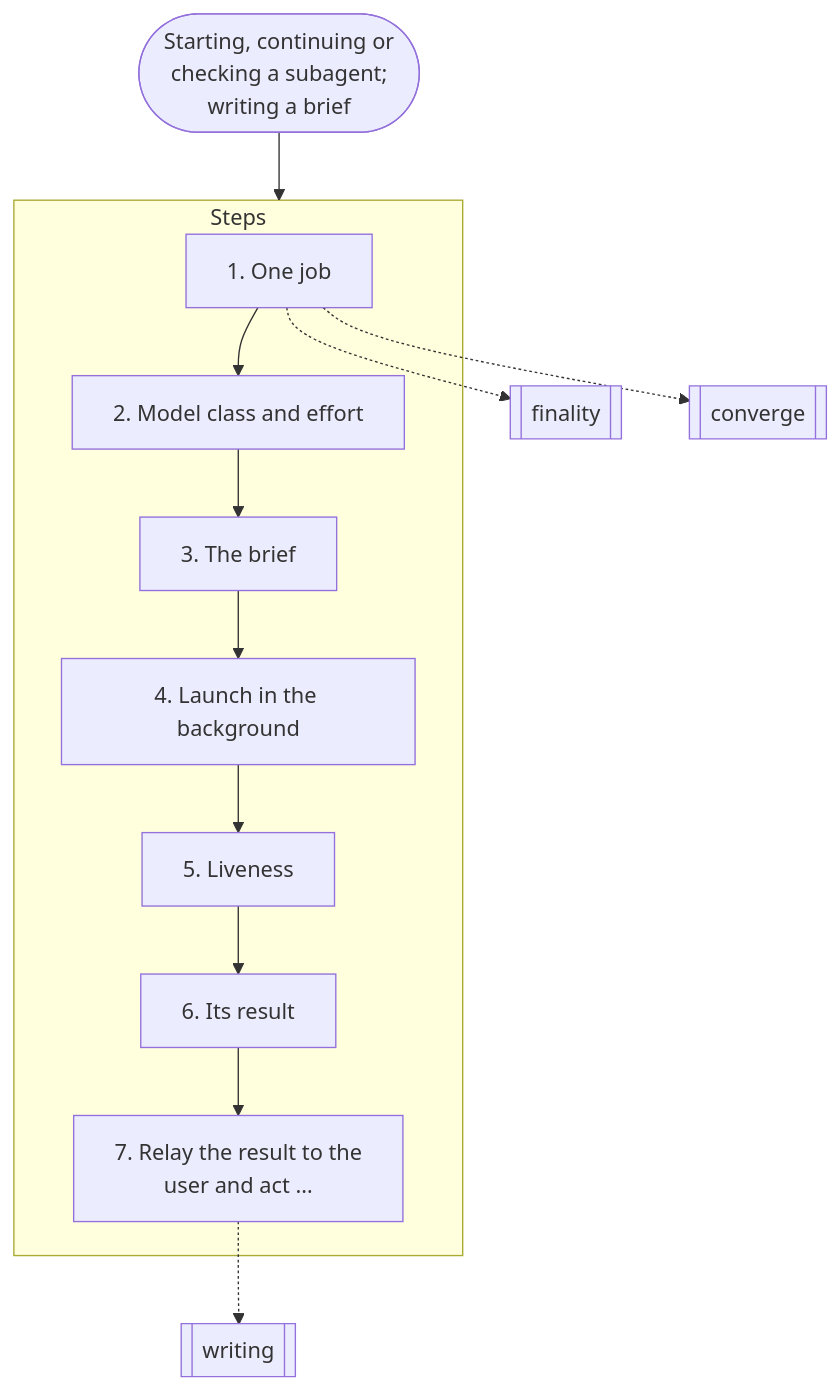
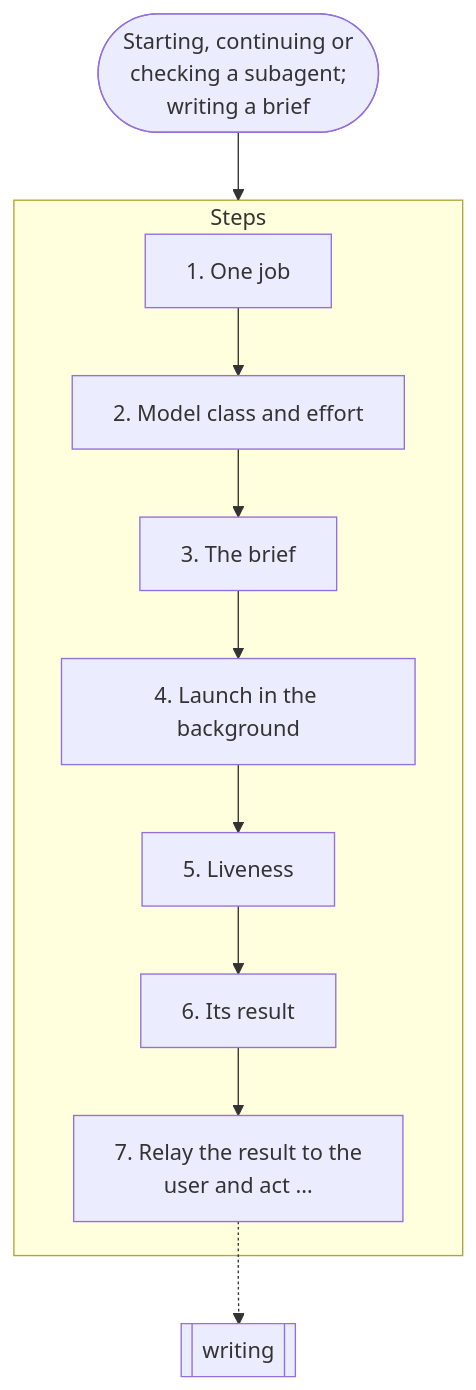
Before and after one commit to nitedani-agent/mergeworthy: the eighth of 19 diagrams in docs/graphs.md, drawn with Mermaid. The commit also changed other lines of this file and 4 other files, not shown here.

````diff
--- a/docs/graphs.md
+++ b/docs/graphs.md
@@ -208,23 +208,21 @@
 ```mermaid
 flowchart TB
   start(["Starting, continuing or<br/>checking a subagent;<br/>writing a brief"])
   subgraph g0["Steps"]
     s0["1. One job"]
     s1["2. Model class and effort"]
     s0 --> s1
     s2["3. The brief"]
     s1 --> s2
     s3["4. Launch in the background"]
     s2 --> s3
     s4["5. Liveness"]
     s3 --> s4
     s5["6. Its result"]
     s4 --> s5
     s6["7. Relay the result to the<br/>user and act …"]
     s5 --> s6
   end
-  s0 -.-> r1[["finality"]]
-  s0 -.-> r2[["converge"]]
-  s6 -.-> r3[["writing"]]
+  s6 -.-> r1[["writing"]]
   start --> g0
 ```
````
